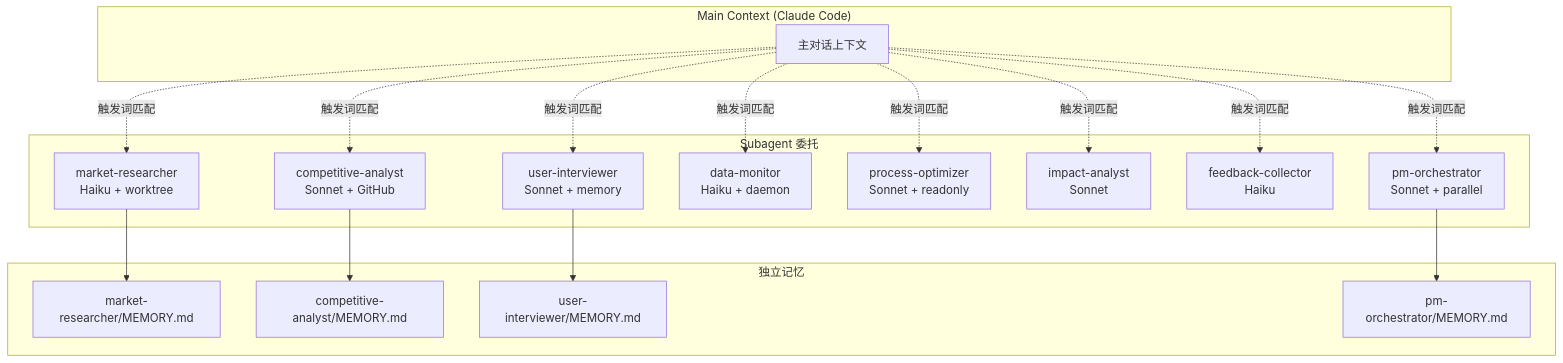
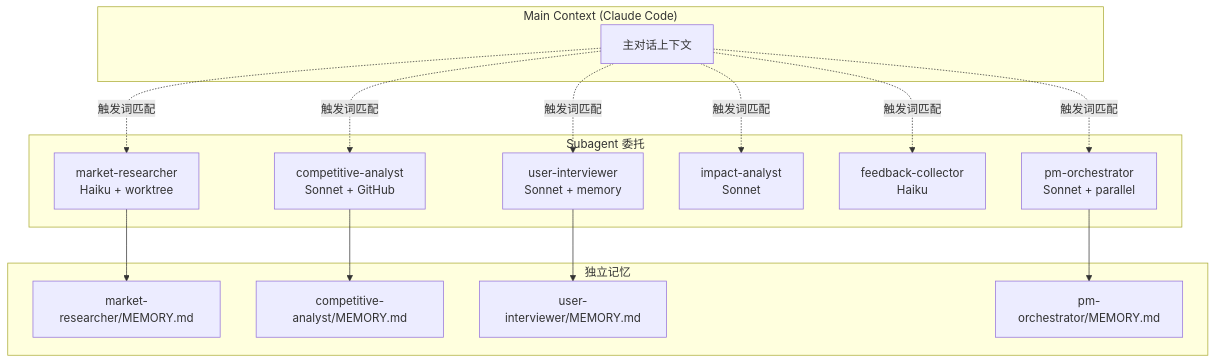
Before and after one commit to kelegele/oh-my-pm: the seventh of 9 diagrams in docs/architecture/workflow-architecture.md, drawn with Mermaid. The commit also changed other lines of this file and 80 other files, not shown here.

First line of the commit message:
feat!: 简化重构 v1.0.0——证据纪律 + 意图路由 + 交付层取消，20→11 skills

````diff
--- a/docs/architecture/workflow-architecture.md
+++ b/docs/architecture/workflow-architecture.md
@@ -243,38 +216,34 @@
 ```mermaid
 graph TB
     subgraph "Main Context (Claude Code)"
         MC["主对话上下文"]
     end
 
     subgraph "Subagent 委托"
         MR["market-researcher\nHaiku + worktree"]
         CA["competitive-analyst\nSonnet + GitHub"]
         UI["user-interviewer\nSonnet + memory"]
-        DM["data-monitor\nHaiku + daemon"]
-        PO["process-optimizer\nSonnet + readonly"]
         IA["impact-analyst\nSonnet"]
         FC["feedback-collector\nHaiku"]
         PM["pm-orchestrator\nSonnet + parallel"]
     end
 
     subgraph "独立记忆"
         MEM1["market-researcher/MEMORY.md"]
         MEM2["competitive-analyst/MEMORY.md"]
         MEM3["user-interviewer/MEMORY.md"]
         MEM4["pm-orchestrator/MEMORY.md"]
     end
 
     MC -.->|"触发词匹配"| MR
     MC -.->|"触发词匹配"| CA
     MC -.->|"触发词匹配"| UI
-    MC -.->|"触发词匹配"| DM
-    MC -.->|"触发词匹配"| PO
     MC -.->|"触发词匹配"| IA
     MC -.->|"触发词匹配"| FC
     MC -.->|"触发词匹配"| PM
 
     MR --> MEM1
     CA --> MEM2
     UI --> MEM3
     PM --> MEM4
 ```
````
